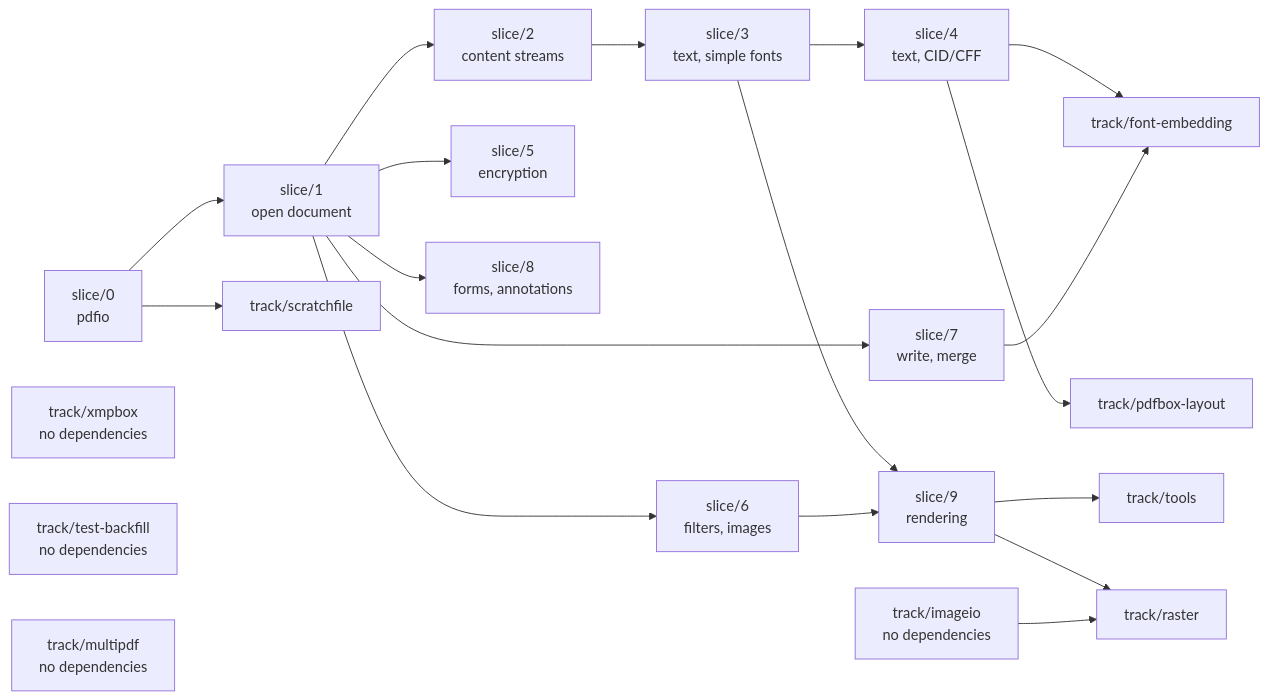
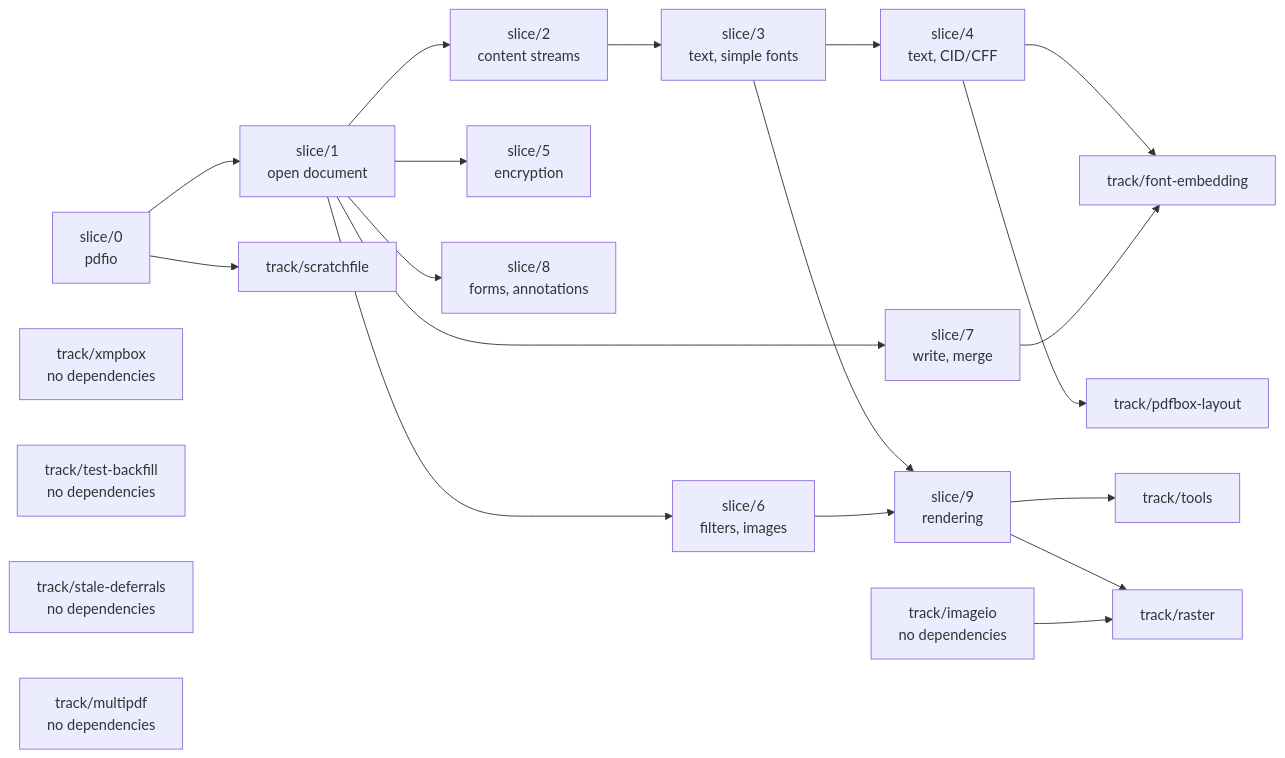
The first of 2 diagrams in go/migration/BRANCHING.md (shinguakira/pdfbox-go), drawn with Mermaid before and after one commit. The commit also changed other lines of this file and 5 other files, not shown here.

````diff
--- a/go/migration/BRANCHING.md
+++ b/go/migration/BRANCHING.md
@@ -55,24 +55,25 @@
 ```mermaid
 graph LR
   S0["slice/0<br/>pdfio"] --> S1["slice/1<br/>open document"]
   S1 --> S2["slice/2<br/>content streams"]
   S2 --> S3["slice/3<br/>text, simple fonts"]
   S3 --> S4["slice/4<br/>text, CID/CFF"]
   S1 --> S5["slice/5<br/>encryption"]
   S1 --> S6["slice/6<br/>filters, images"]
   S1 --> S7["slice/7<br/>write, merge"]
   S1 --> S8["slice/8<br/>forms, annotations"]
   S3 --> S9["slice/9<br/>rendering"]
   S6 --> S9
   X["track/xmpbox<br/>no dependencies"]
   S0 --> TS["track/scratchfile"]
   S4 --> TF["track/font-embedding"]
   S7 --> TF
   S4 --> TL["track/pdfbox-layout"]
   S9 --> TT["track/tools"]
   TB["track/test-backfill<br/>no dependencies"]
   TI["track/imageio<br/>no dependencies"]
+  TD["track/stale-deferrals<br/>no dependencies"]
   TM["track/multipdf<br/>no dependencies"]
   S9 --> TR["track/raster"]
   TI --> TR
 ```
````
